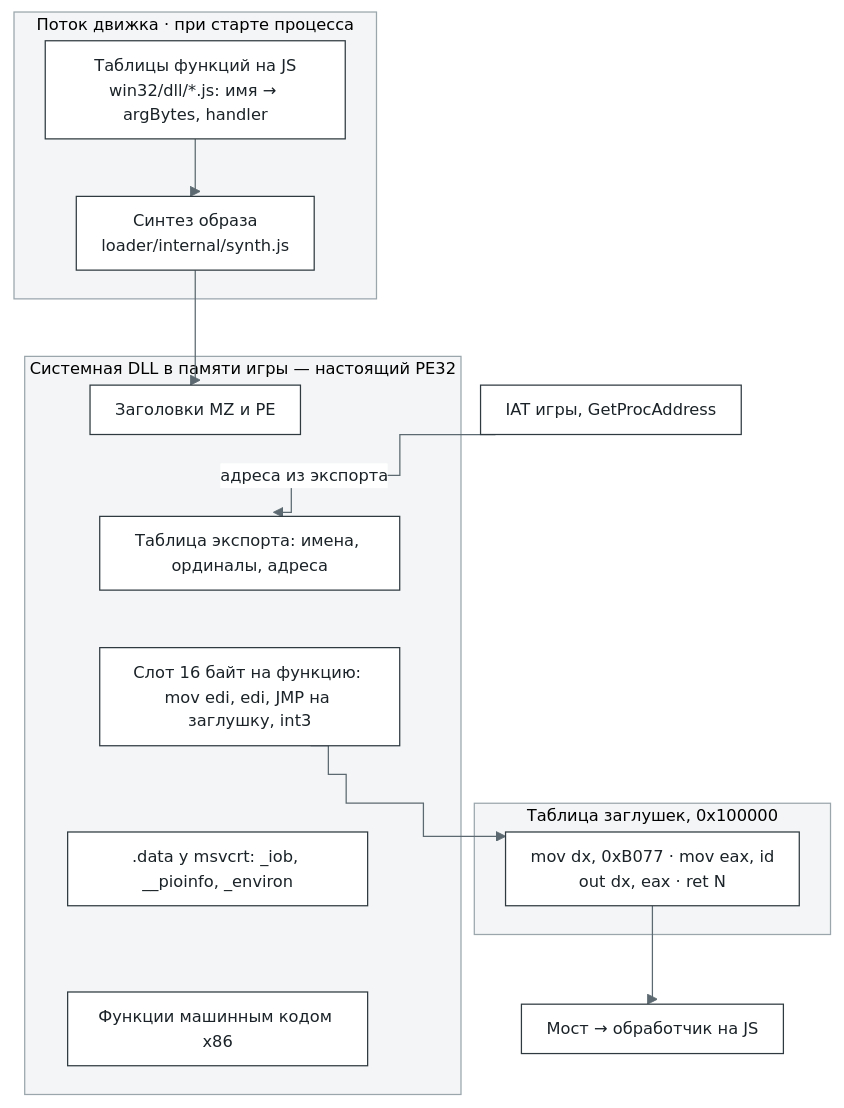
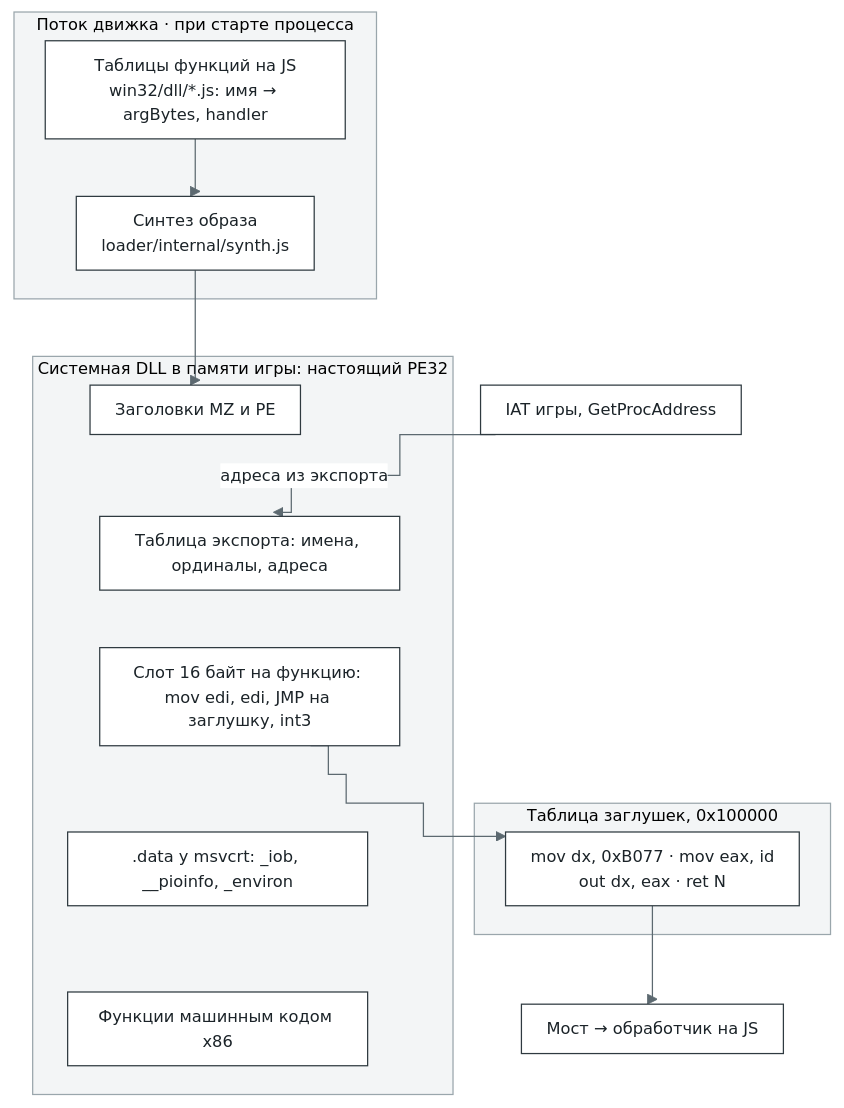
Before and after one commit to bottlify/bottlify: the fourth of 10 diagrams in docs/architecture.ru.md, drawn with Mermaid. The commit also changed other lines of this file and 8 other files, not shown here.

First line of the commit message:
docs: the architecture and the roadmap without dashes, the Russian text written as Russian rather than translated

````diff
--- a/docs/architecture.ru.md
+++ b/docs/architecture.ru.md
@@ -526,24 +529,24 @@
 ```mermaid
 %%{init: {"theme": "base", "flowchart": {"curve": "step", "nodeSpacing": 30, "rankSpacing": 46, "padding": 10}, "themeVariables": {"fontFamily": "Inter, Segoe UI, Helvetica, Arial, sans-serif", "fontSize": "13px", "primaryColor": "#FFFFFF", "primaryBorderColor": "#2F3A40", "primaryTextColor": "#1B2328", "lineColor": "#5C6970", "clusterBkg": "#F3F5F6", "clusterBorder": "#9AA6AC", "edgeLabelBackground": "#FFFFFF"}}}%%
 flowchart TB
   subgraph E1["Поток движка · при старте процесса"]
     TBL["Таблицы функций на JS<br/>win32/dll/*.js: имя → argBytes, handler"]
     SYN["Синтез образа<br/>loader/internal/synth.js"]
   end
-  subgraph IMG["Системная DLL в памяти игры — настоящий PE32"]
+  subgraph IMG["Системная DLL в памяти игры: настоящий PE32"]
     H1["Заголовки MZ и PE"]
     H2["Таблица экспорта: имена, ординалы, адреса"]
     H3["Слот 16 байт на функцию: mov edi, edi, JMP на заглушку, int3"]
     H4[".data у msvcrt: _iob, __pioinfo, _environ"]
     H5["Функции машинным кодом x86"]
   end
   subgraph STB["Таблица заглушек, 0x100000"]
     TH["mov dx, 0xB077 · mov eax, id<br/>out dx, eax · ret N"]
   end
   BR["Мост → обработчик на JS"]
   IAT["IAT игры, GetProcAddress"]
   TBL --> SYN --> H1
   H1 ~~~ H2 ~~~ H3 ~~~ H4 ~~~ H5
   IAT -->|"адреса из экспорта"| H2
   H3 --> TH --> BR
 ```
````
